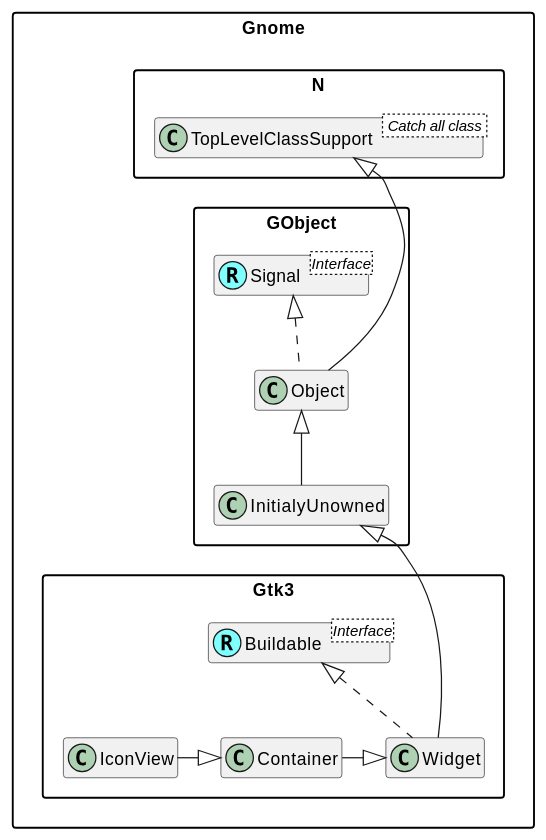
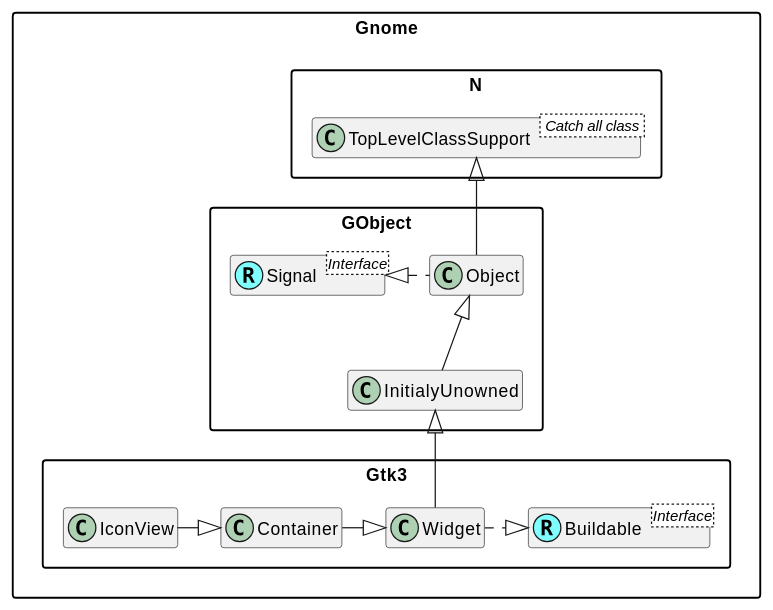
Before and after one commit to MARTIMM/gnome-gtk3: the diagram in doc/plantuml/IconView.md, drawn with PlantUML. The commit also changed other lines of this file and 3 other files, not shown here.

Commit message:
improve uml

````diff
--- a/doc/plantuml/IconView.md
+++ b/doc/plantuml/IconView.md
@@ -1,64 +1,32 @@
 ```plantuml
 @startuml
 'scale 0.9
 skinparam packageStyle rectangle
 skinparam stereotypeCBackgroundColor #80ffff
 set namespaceSeparator ::
 hide members
 
 'Class and interface decorations
 class Gnome::N::TopLevelClassSupport < Catch all class >
 
 Interface Gnome::GObject::Signal <Interface>
 class Gnome::GObject::Signal <<(R,#80ffff)>>
 
 'class Gnome::GObject::InitialyUnowned
 'class Gnome::GObject::Object
-Gnome::N::TopLevelClassSupport <|--- Gnome::GObject::Object
+Gnome::N::TopLevelClassSupport <|-- Gnome::GObject::Object
 Gnome::GObject::Object <|-- Gnome::GObject::InitialyUnowned
-'Gnome::GObject::Object *-> Gnome::GObject::Signal
-Gnome::GObject::Signal <|.. Gnome::GObject::Object
+Gnome::GObject::Signal <|. Gnome::GObject::Object
 
 Interface Gnome::Gtk3::Buildable <Interface>
 class Gnome::Gtk3::Buildable <<(R,#80ffff)>>
 
 
 
-Gnome::GObject::InitialyUnowned <|--- Gnome::Gtk3::Widget
-class Gnome::Gtk3::Widget implements Gnome::Gtk3::Buildable
+Gnome::GObject::InitialyUnowned <|-- Gnome::Gtk3::Widget
+Gnome::Gtk3::Widget .|> Gnome::Gtk3::Buildable
 
 Gnome::Gtk3::IconView -|> Gnome::Gtk3::Container
 Gnome::Gtk3::Container -|> Gnome::Gtk3::Widget
-
-
-
-'Interface Gnome::Gtk3::Actionable <Interface>
-'Gnome::Gtk3::Actionable <|-- Gnome::Gtk3::Button
-'class Gnome::Gtk3::Button implements Gnome::Gtk3::Actionable
-
-'Interface Gnome::Gtk3::Orientable <Interface>
-'Gnome::Gtk3::Orientable <|-- Gnome::Gtk3::ScaleButton
-
-'Interface Gnome::Gtk3::ColorChooser <Interface>
-'Gnome::Gtk3::ColorChooser <|-- Gnome::Gtk3::ColorButton
-
-'Interface Gnome::Gtk3::FontChooser <Interface>
-'Gnome::Gtk3::FontChooser <|-- Gnome::Gtk3::FontButton
-
-'Gnome::GObject <--[hidden]- Gnome::Gtk3
-
-
-
-'Gnome::Gtk3::Button <|-- Gnome::Gtk3::ToggleButton
-'Gnome::Gtk3::Button <|-- Gnome::Gtk3::ColorButton
-'Gnome::Gtk3::ToggleButton <|-- Gnome::Gtk3::CheckButton
-'Gnome::Gtk3::ToggleButton <|-- Gnome::Gtk3::MenuButton
-'Gnome::Gtk3::CheckButton <|-- Gnome::Gtk3::RadioButton
-'Gnome::Gtk3::Button <|--- Gnome::Gtk3::FontButton
-'Gnome::Gtk3::Button <|-- Gnome::Gtk3::LinkButton
-'Gnome::Gtk3::Button <|-- Gnome::Gtk3::LockButton
-'Gnome::Gtk3::Button <|-- Gnome::Gtk3::ModelButton
-'Gnome::Gtk3::Button <|-- Gnome::Gtk3::ScaleButton
-'Gnome::Gtk3::ScaleButton <|-- Gnome::Gtk3::VolumeButton
 @enduml
 ```
````
